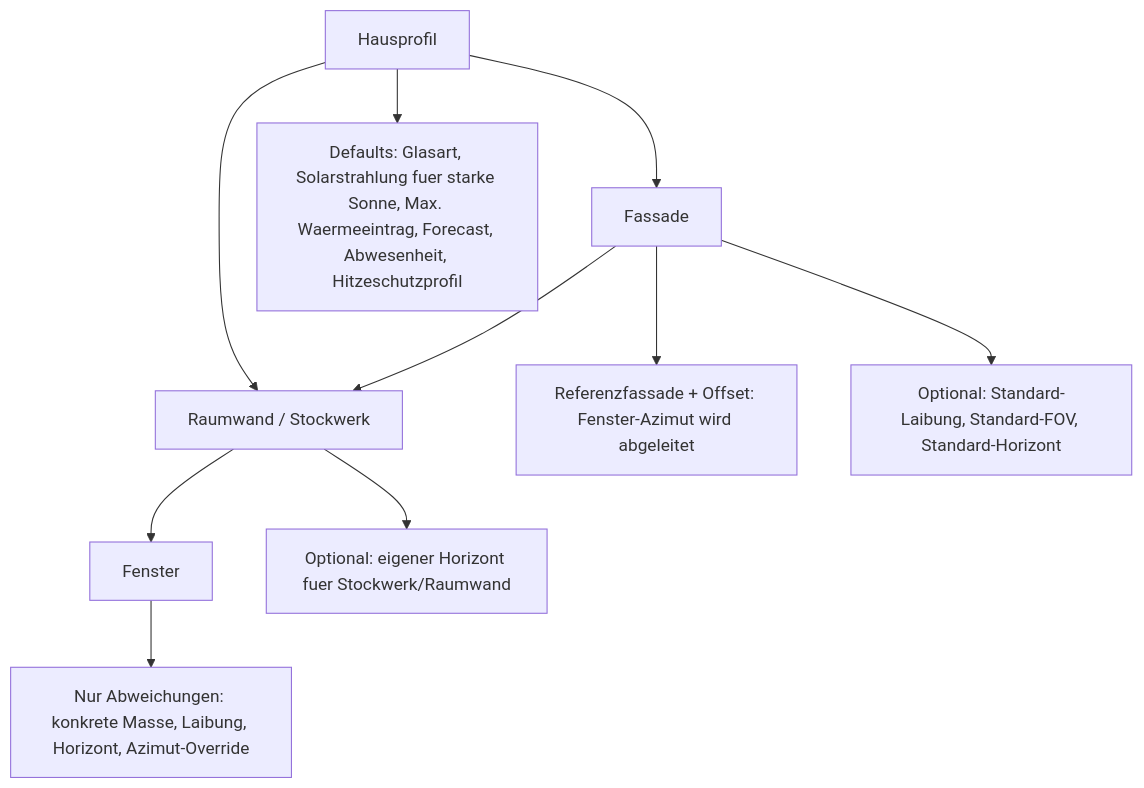
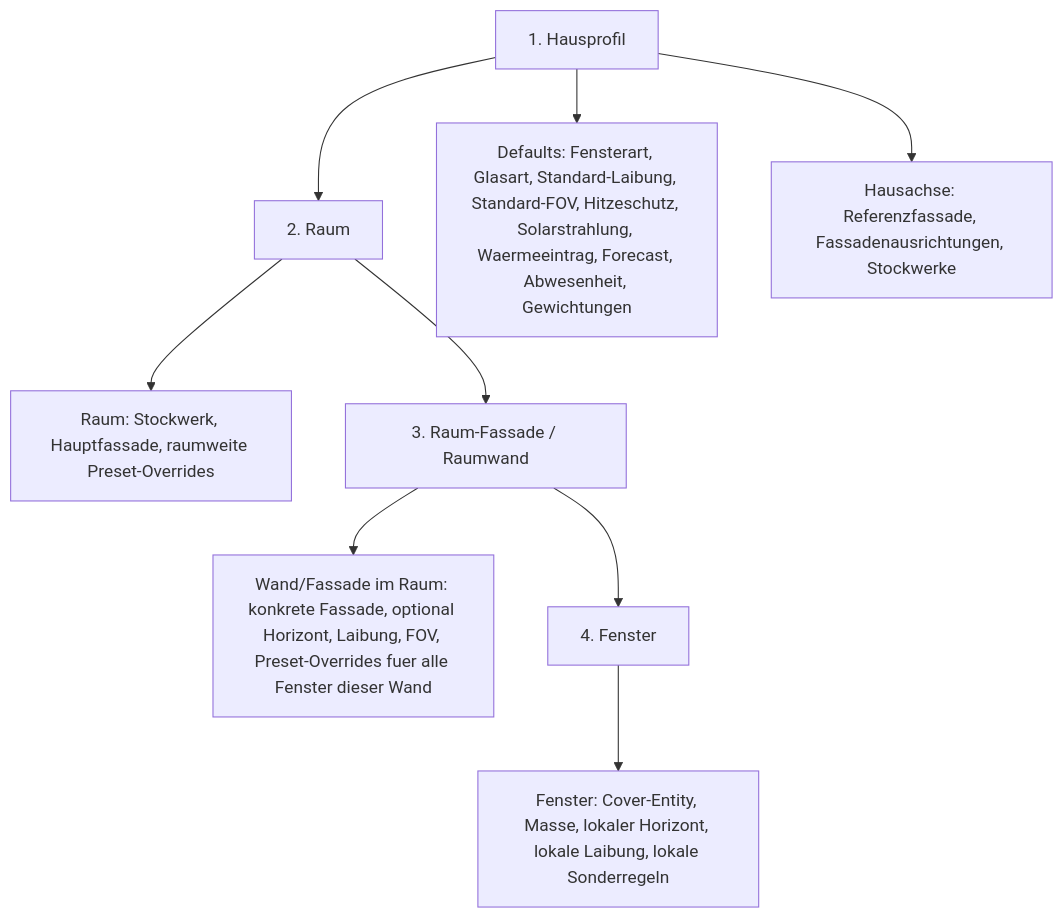
The second of 2 diagrams in docs/settings-flow-audit.md (deffySams/solar-shading), drawn with Mermaid before and after one commit. The commit also changed other lines of this file and 8 other files, not shown here.

````diff
--- a/docs/settings-flow-audit.md
+++ b/docs/settings-flow-audit.md
@@ -371,13 +371,11 @@
 ```mermaid
 flowchart TD
-  House["Hausprofil"] --> Facade["Fassade"]
-  House --> RoomWall["Raumwand / Stockwerk"]
-  Facade --> RoomWall
-  RoomWall --> Window["Fenster"]
-
-  House --> H1["Defaults: Glasart, Solarstrahlung fuer starke Sonne, Max. Waermeeintrag, Forecast, Abwesenheit, Hitzeschutzprofil"]
-  Facade --> F1["Referenzfassade + Offset: Fenster-Azimut wird abgeleitet"]
-  Facade --> F2["Optional: Standard-Laibung, Standard-FOV, Standard-Horizont"]
-  RoomWall --> R1["Optional: eigener Horizont fuer Stockwerk/Raumwand"]
-  Window --> W1["Nur Abweichungen: konkrete Masse, Laibung, Horizont, Azimut-Override"]
+  House["1. Hausprofil"] --> Room["2. Raum"]
+  House --> HouseDefaults["Defaults: Fensterart, Glasart, Standard-Laibung, Standard-FOV, Hitzeschutz, Solarstrahlung, Waermeeintrag, Forecast, Abwesenheit, Gewichtungen"]
+  House --> HouseGeometry["Hausachse: Referenzfassade, Fassadenausrichtungen, Stockwerke"]
+  Room --> RoomDefaults["Raum: Stockwerk, Hauptfassade, raumweite Preset-Overrides"]
+  Room --> RoomFacade["3. Raum-Fassade / Raumwand"]
+  RoomFacade --> WallDefaults["Wand/Fassade im Raum: konkrete Fassade, optional Horizont, Laibung, FOV, Preset-Overrides fuer alle Fenster dieser Wand"]
+  RoomFacade --> Window["4. Fenster"]
+  Window --> WindowDetails["Fenster: Cover-Entity, Masse, lokaler Horizont, lokale Laibung, lokale Sonderregeln"]
 ```
````
